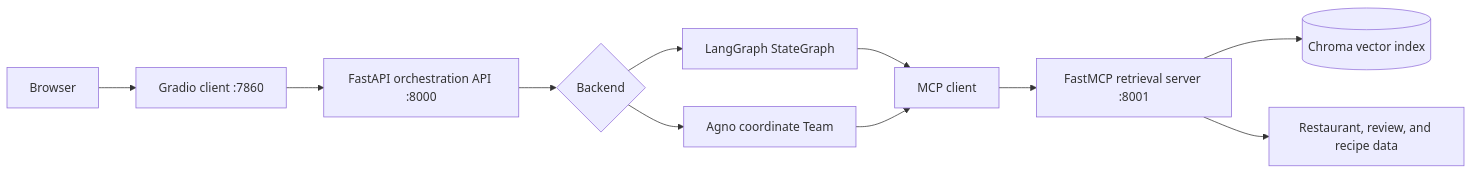
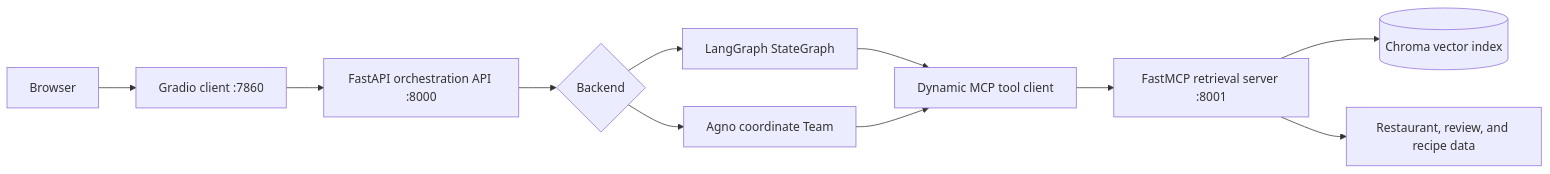
One commit to jalal-saidi/agentic-restaurant-rag changed the diagram in README.md. Above: the diagram before and after it, drawn with Mermaid. The commit also changed other lines of this file and 16 other files, not shown here.

````diff
--- a/README.md
+++ b/README.md
@@ -26,13 +27,13 @@
 ```mermaid
 flowchart LR
     U[Browser] --> W[Gradio client :7860]
     W --> A[FastAPI orchestration API :8000]
     A --> R{Backend}
     R --> L[LangGraph StateGraph]
     R --> G[Agno coordinate Team]
-    L --> C[MCP client]
+    L --> C[Dynamic MCP tool client]
     G --> C
     C --> M[FastMCP retrieval server :8001]
     M --> V[(Chroma vector index)]
     M --> D[Restaurant, review, and recipe data]
 ```
````
